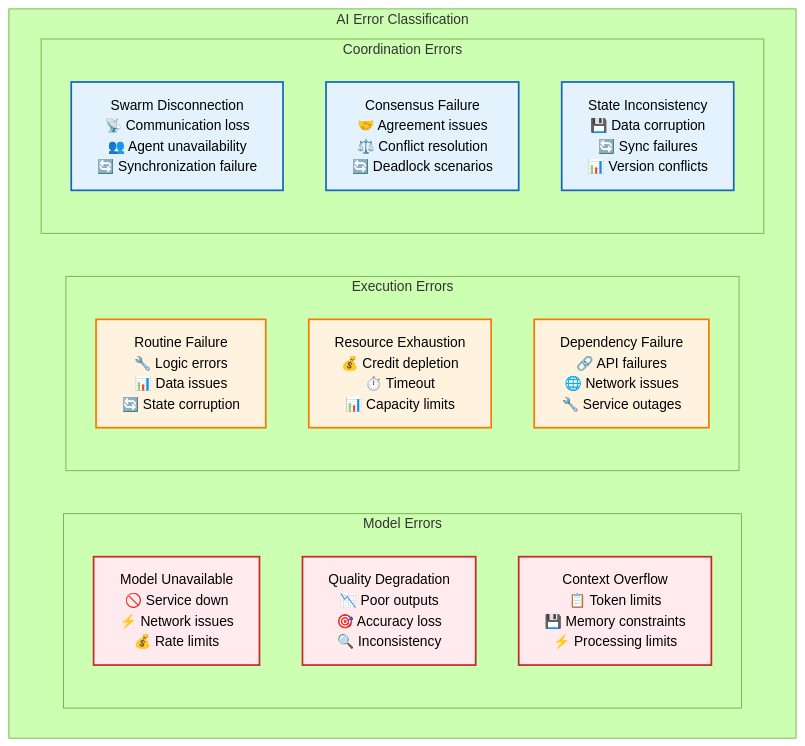
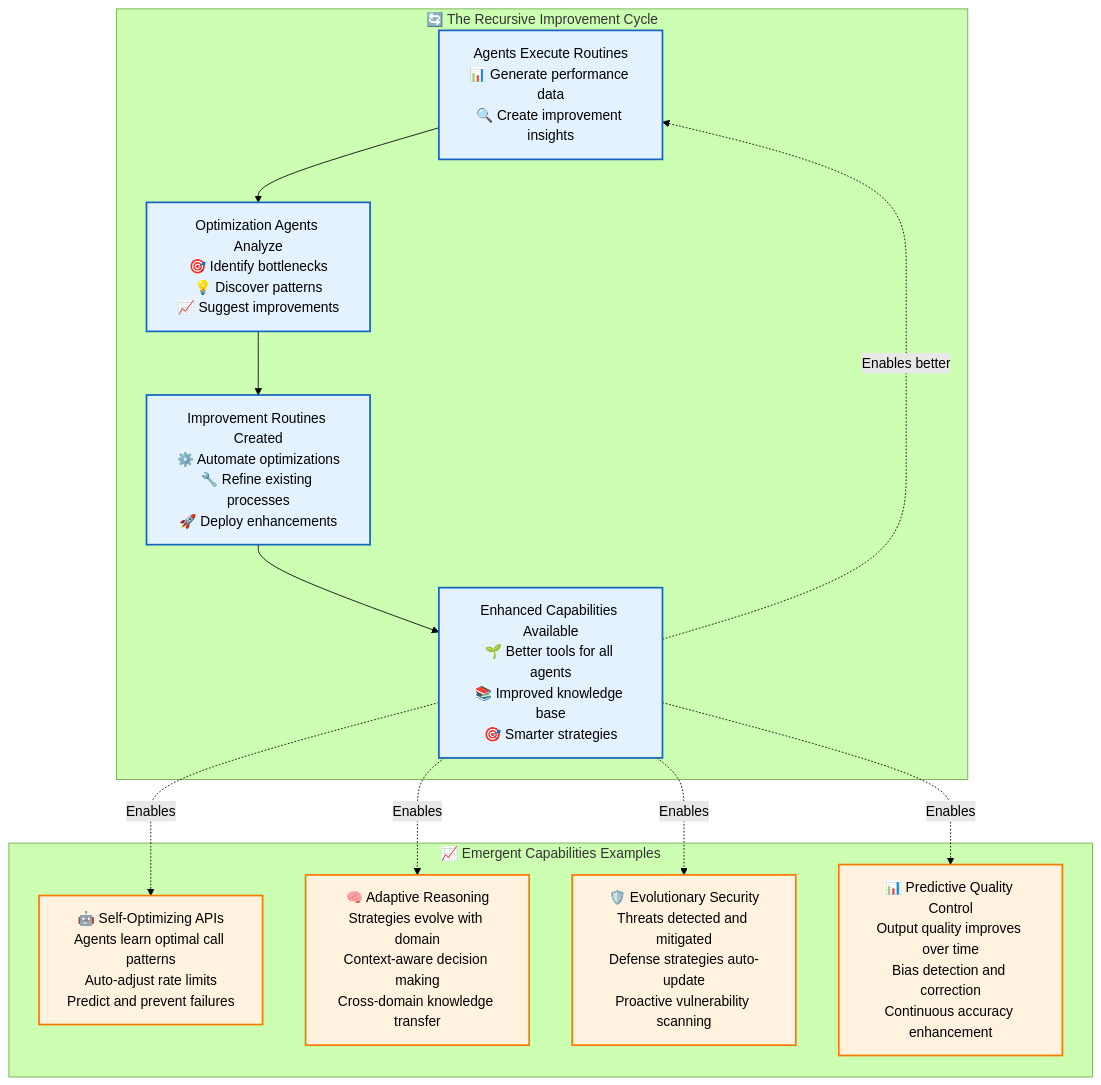
The fifth of 6 diagrams in docs/architecture/execution/README.md (Vrooli/Vrooli), drawn with Mermaid (forest theme) before and after one commit. The commit also changed other lines of this file and 10 other files, not shown here.

````diff
--- a/docs/architecture/execution/README.md
+++ b/docs/architecture/execution/README.md
@@ -327,30 +170,36 @@
 ```mermaid
 graph TB
-    subgraph "AI Error Classification"
-        subgraph "Model Errors"
-            ModelUnavailable[Model Unavailable<br/>🚫 Service down<br/>⚡ Network issues<br/>💰 Rate limits]
-            QualityDegradation[Quality Degradation<br/>📉 Poor outputs<br/>🎯 Accuracy loss<br/>🔍 Inconsistency]
-            ContextOverflow[Context Overflow<br/>📋 Token limits<br/>💾 Memory constraints<br/>⚡ Processing limits]
-        end
+    subgraph "🔄 The Recursive Improvement Cycle"
+        A[Agents Execute Routines<br/>📊 Generate performance data<br/>🔍 Create improvement insights]
         
-        subgraph "Execution Errors"
-            RoutineFailure[Routine Failure<br/>🔧 Logic errors<br/>📊 Data issues<br/>🔄 State corruption]
-            ResourceExhaustion[Resource Exhaustion<br/>💰 Credit depletion<br/>⏱️ Timeout<br/>📊 Capacity limits]
-            DependencyFailure[Dependency Failure<br/>🔗 API failures<br/>🌐 Network issues<br/>🔧 Service outages]
-        end
+        B[Optimization Agents Analyze<br/>🎯 Identify bottlenecks<br/>💡 Discover patterns<br/>📈 Suggest improvements]
         
-        subgraph "Coordination Errors"
-            SwarmDisconnection[Swarm Disconnection<br/>📡 Communication loss<br/>👥 Agent unavailability<br/>🔄 Synchronization failure]
-            ConsensusFailure[Consensus Failure<br/>🤝 Agreement issues<br/>⚖️ Conflict resolution<br/>🔄 Deadlock scenarios]
-            StateInconsistency[State Inconsistency<br/>💾 Data corruption<br/>🔄 Sync failures<br/>📊 Version conflicts]
-        end
+        C[Improvement Routines Created<br/>⚙️ Automate optimizations<br/>🔧 Refine existing processes<br/>🚀 Deploy enhancements]
+        
+        D[Enhanced Capabilities Available<br/>🌱 Better tools for all agents<br/>📚 Improved knowledge base<br/>🎯 Smarter strategies]
+        
+        A --> B --> C --> D
+        D -.->|"Enables better"| A
     end
     
-    classDef modelErrors fill:#ffebee,stroke:#c62828,stroke-width:2px
-    classDef executionErrors fill:#fff3e0,stroke:#f57c00,stroke-width:2px
-    classDef coordinationErrors fill:#e3f2fd,stroke:#1565c0,stroke-width:2px
+    subgraph "📈 Emergent Capabilities Examples"
+        E1[🤖 Self-Optimizing APIs<br/>Agents learn optimal call patterns<br/>Auto-adjust rate limits<br/>Predict and prevent failures]
+        
+        E2[🧠 Adaptive Reasoning<br/>Strategies evolve with domain<br/>Context-aware decision making<br/>Cross-domain knowledge transfer]
+        
+        E3[🛡️ Evolutionary Security<br/>Threats detected and mitigated<br/>Defense strategies auto-update<br/>Proactive vulnerability scanning]
+        
+        E4[📊 Predictive Quality Control<br/>Output quality improves over time<br/>Bias detection and correction<br/>Continuous accuracy enhancement]
+    end
     
-    class ModelUnavailable,QualityDegradation,ContextOverflow modelErrors
-    class RoutineFailure,ResourceExhaustion,DependencyFailure executionErrors
-    class SwarmDisconnection,ConsensusFailure,StateInconsistency coordinationErrors
+    D -.->|"Enables"| E1
+    D -.->|"Enables"| E2  
+    D -.->|"Enables"| E3
+    D -.->|"Enables"| E4
+    
+    classDef cycle fill:#e3f2fd,stroke:#1565c0,stroke-width:2px
+    classDef emergent fill:#fff3e0,stroke:#f57c00,stroke-width:2px
+    
+    class A,B,C,D cycle
+    class E1,E2,E3,E4 emergent
 ```
````
